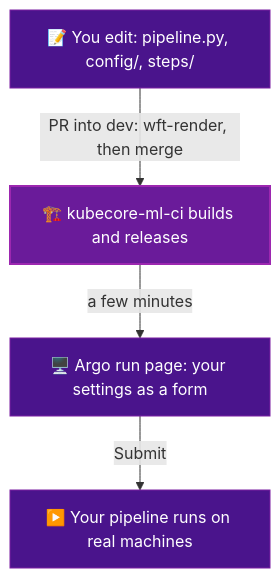
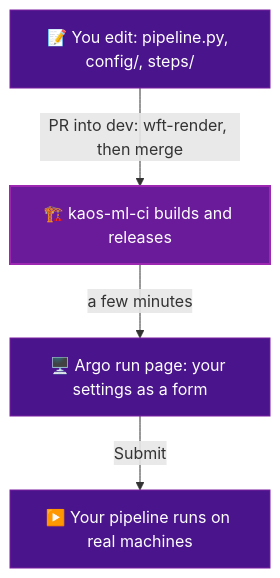
The diagram in docs/how-it-works.md (novelcore/hera-pipeline-template), drawn with Mermaid before and after one commit. The commit also changed other lines of this file and 60 other files, not shown here.

First line of the commit message:
chore: rename the engine package kubecore -> kaos_pipeline, inject KAOS_* env

````diff
--- a/docs/how-it-works.md
+++ b/docs/how-it-works.md
@@ -54,11 +70,11 @@
 ```mermaid
 graph TD
-    E["📝 You edit: pipeline.py, config/, steps/"] -->|"PR into dev: wft-render, then merge"| P["🏗️ kubecore-ml-ci builds and releases"]
+    E["📝 You edit: pipeline.py, config/, steps/"] -->|"PR into dev: wft-render, then merge"| P["🏗️ kaos-ml-ci builds and releases"]
     P -->|a few minutes| R["🖥️ Argo run page: your settings as a form"]
     R -->|Submit| RUN["▶️ Your pipeline runs on real machines"]
 
     style E fill:#4a148c,stroke:#7b1fa2,color:#fff
     style P fill:#6a1b9a,stroke:#9c27b0,color:#fff,stroke-width:2px
     style R fill:#4a148c,stroke:#7b1fa2,color:#fff
     style RUN fill:#4a148c,stroke:#7b1fa2,color:#fff
 ```
````
